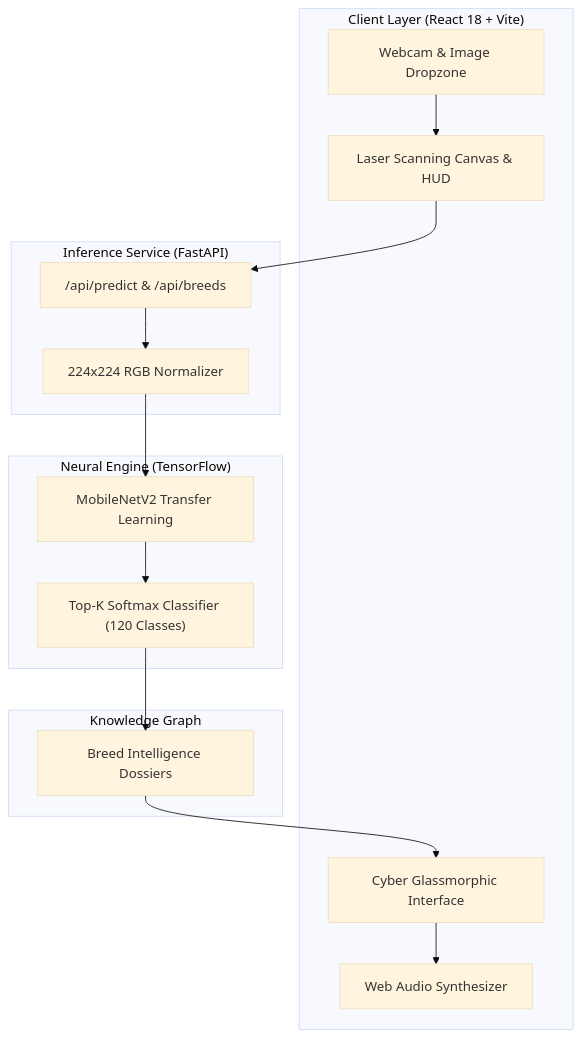
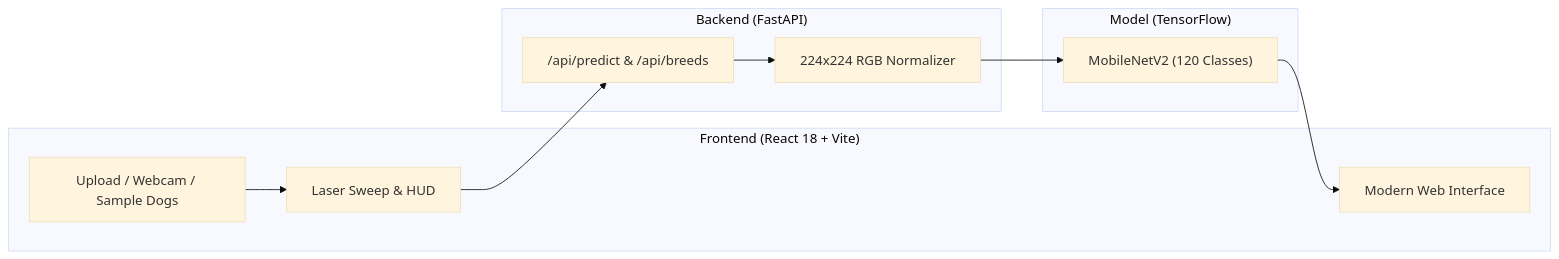
One commit to 202451125/Dog-breed-classification changed the diagram in README.md. Above: the diagram before and after it, drawn with Mermaid (base theme). The commit also changed other lines of this file and 4 other files, not shown here.

````diff
--- a/README.md
+++ b/README.md
@@ -37,29 +36,21 @@
 ```mermaid
-flowchart TD
-    subgraph Client ["Client Layer (React 18 + Vite)"]
-        UI["Cyber Glassmorphic Interface"]
-        Audio["Web Audio Synthesizer"]
-        Optic["Webcam & Image Dropzone"]
-        HUD["Laser Scanning Canvas & HUD"]
+flowchart LR
+    subgraph Frontend ["Frontend (React 18 + Vite)"]
+        UI["Modern Web Interface"]
+        Input["Upload / Webcam / Sample Dogs"]
+        Scan["Laser Sweep & HUD"]
     end
 
-    subgraph API ["Inference Service (FastAPI)"]
-        Router["/api/predict & /api/breeds"]
+    subgraph Backend ["Backend (FastAPI)"]
+        API["/api/predict & /api/breeds"]
         Pre["224x224 RGB Normalizer"]
     end
 
-    subgraph ML ["Neural Engine (TensorFlow)"]
-        Net["MobileNetV2 Transfer Learning"]
-        Head["Top-K Softmax Classifier (120 Classes)"]
+    subgraph ML ["Model (TensorFlow)"]
+        TF["MobileNetV2 (120 Classes)"]
     end
 
-    subgraph Data ["Knowledge Graph"]
-        Dossier["Breed Intelligence Dossiers"]
-    end
-
-    Optic --> HUD --> Router
-    Router --> Pre --> Net --> Head
-    Head --> Dossier
-    Dossier --> UI
-    UI --> Audio
+    Input --> Scan --> API
+    API --> Pre --> TF
+    TF --> UI
 ```
````
